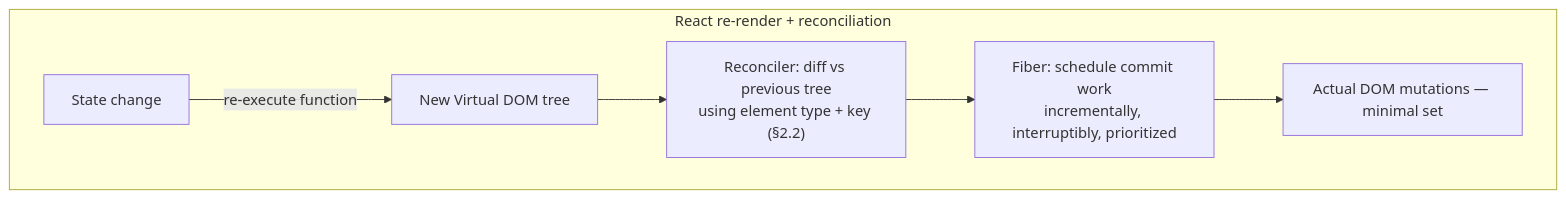
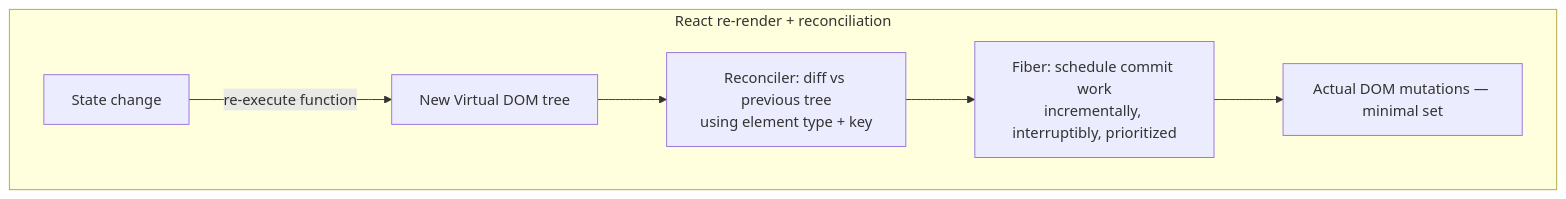
The diagram in 43-React/01-React-Fundamentals-VirtualDOM-Fiber-Hooks-vs-Angular.md (umashankarp/InterviewQuestions), drawn with Mermaid before and after one commit. The commit also changed other lines of this file and 173 other files, not shown here.

````diff
--- a/43-React/01-React-Fundamentals-VirtualDOM-Fiber-Hooks-vs-Angular.md
+++ b/43-React/01-React-Fundamentals-VirtualDOM-Fiber-Hooks-vs-Angular.md
@@ -71,9 +71,9 @@
 ```mermaid
 graph TB
-    subgraph "React re-render + reconciliation"
-        StateChange[State change] -->|re-execute function| NewTree[New Virtual DOM tree]
-        NewTree --> Diff["Reconciler: diff vs previous tree<br/>using element type + key (§2.2)"]
-        Diff --> Fiber["Fiber: schedule commit work<br/>incrementally, interruptibly, prioritized"]
-        Fiber --> DOM[Actual DOM mutations — minimal set]
-    end
+ subgraph "React re-render + reconciliation"
+ StateChange[State change] -->|re-execute function| NewTree[New Virtual DOM tree]
+ NewTree --> Diff["Reconciler: diff vs previous tree<br/>using element type + key"]
+ Diff --> Fiber["Fiber: schedule commit work<br/>incrementally, interruptibly, prioritized"]
+ Fiber --> DOM[Actual DOM mutations — minimal set]
+ end
 ```
````
